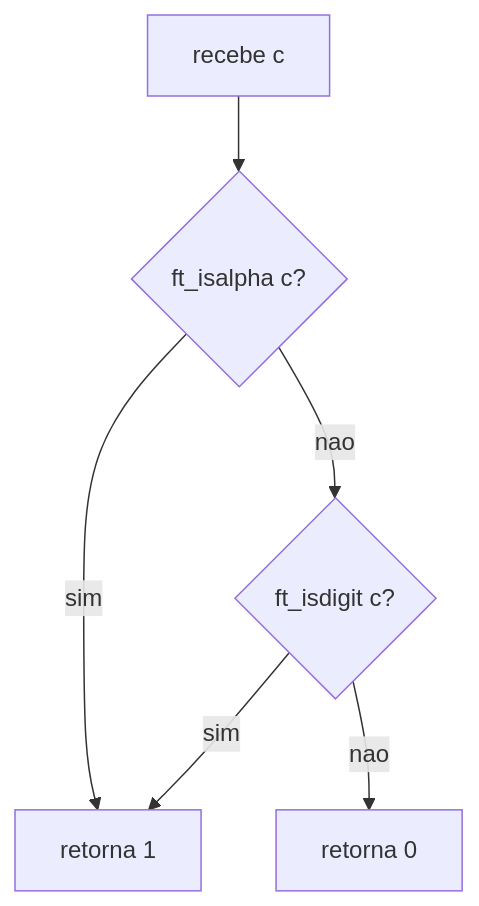
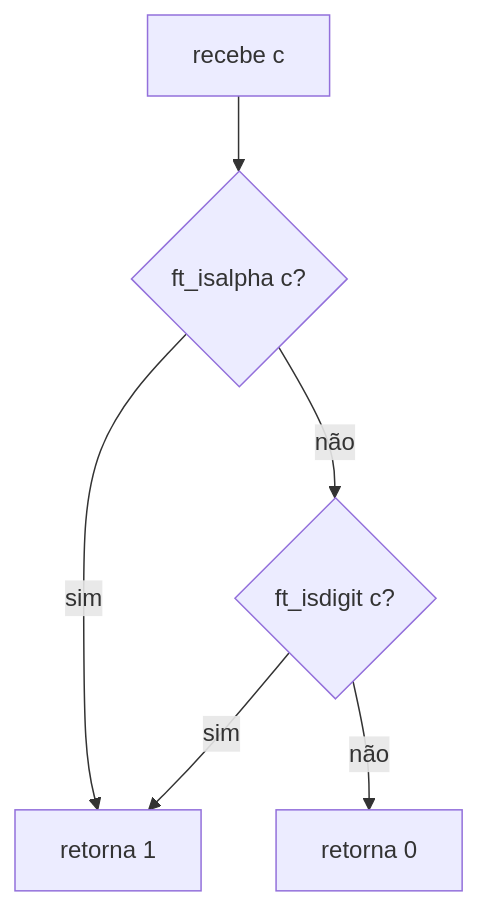
Before and after one commit to ahy-git/docs: the fourth of 43 diagrams in 1-libft/Readme.md, drawn with Mermaid. The commit also changed other lines of this file and 1 other file, not shown here.

````diff
--- a/1-libft/Readme.md
+++ b/1-libft/Readme.md
@@ -474,8 +474,8 @@
 ```mermaid
 flowchart TD
-	A[recebe c] --> B{ft_isalpha c?}
-	B -- sim --> C[retorna 1]
-	B -- nao --> D{ft_isdigit c?}
+	A["recebe c"] --> B{"ft_isalpha c?"}
+	B -- sim --> C["retorna 1"]
+	B -- não --> D{"ft_isdigit c?"}
 	D -- sim --> C
-	D -- nao --> E[retorna 0]
+	D -- não --> E["retorna 0"]
 ```
````
